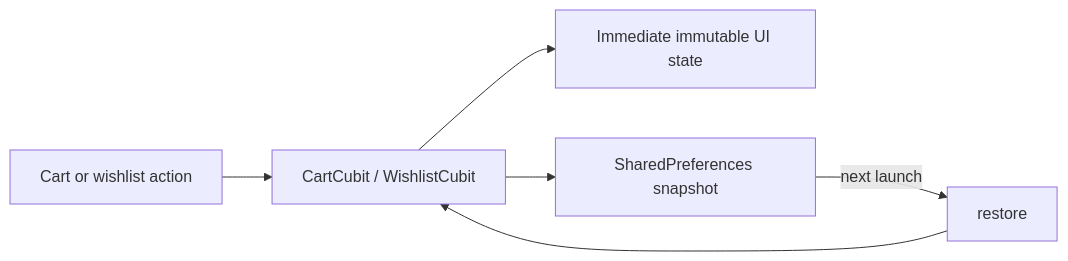
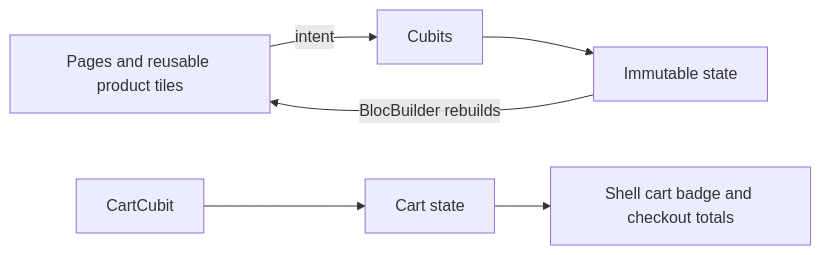
Before and after one commit to mostafasayed118/albatal-store-app: the diagram in docs/storefront-walkthrough.md, drawn with Mermaid. The commit also changed other lines of this file and 25 other files, not shown here.

````diff
--- a/docs/storefront-walkthrough.md
+++ b/docs/storefront-walkthrough.md
@@ -84,8 +6,8 @@
 ```mermaid
 flowchart LR
-  UI[Cart or wishlist action] --> Cubit[CartCubit / WishlistCubit]
-  Cubit --> State[Immediate immutable UI state]
-  Cubit --> Store[SharedPreferences snapshot]
-  Store -->|next launch| Restore[restore]
-  Restore --> Cubit
+  UI[Pages and reusable product tiles] -->|intent| C[Cubits]
+  C --> S[Immutable state]
+  S -->|BlocBuilder rebuilds| UI
+  C1[CartCubit] --> C2[Cart state]
+  C2 --> N[Shell cart badge and checkout totals]
 ```
````
